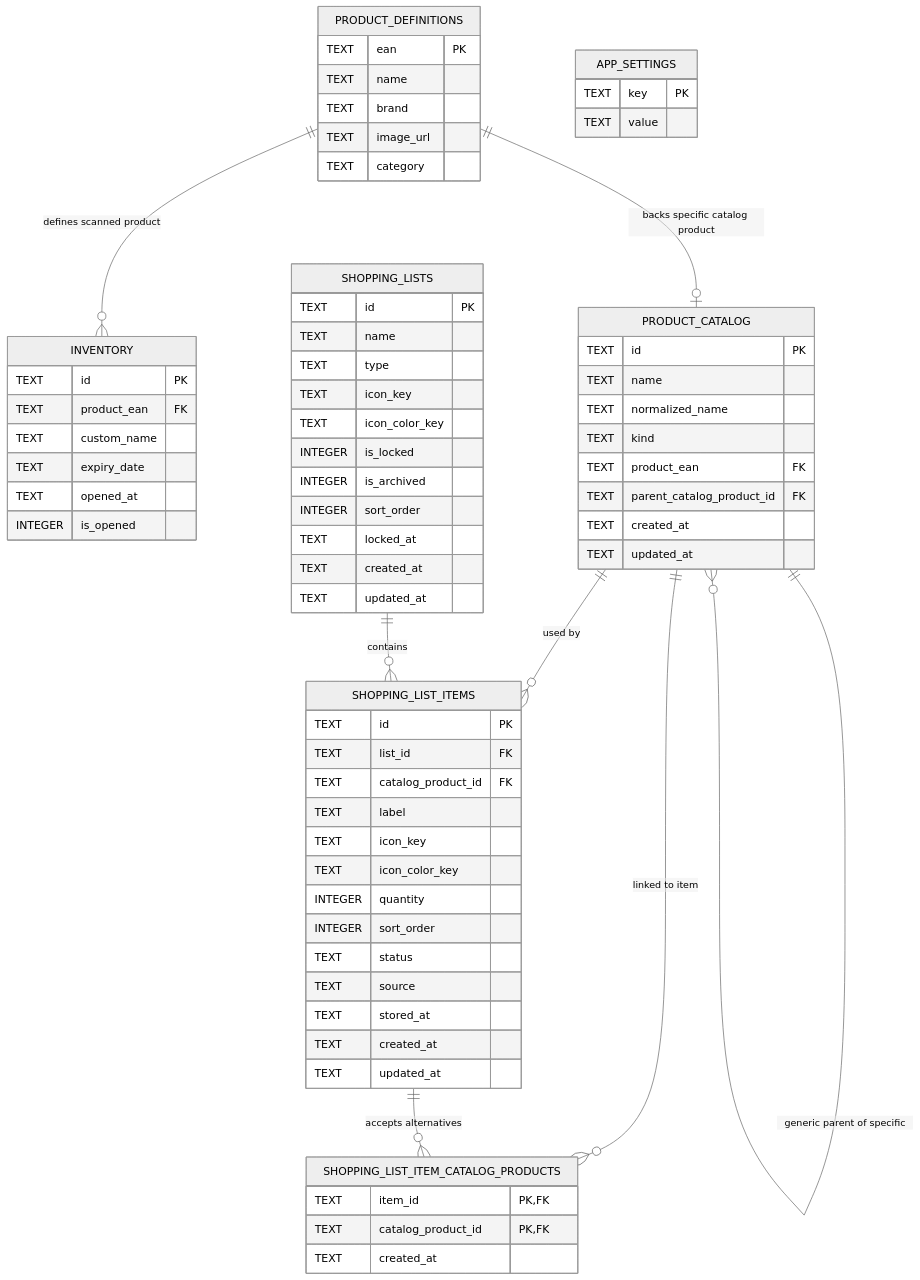
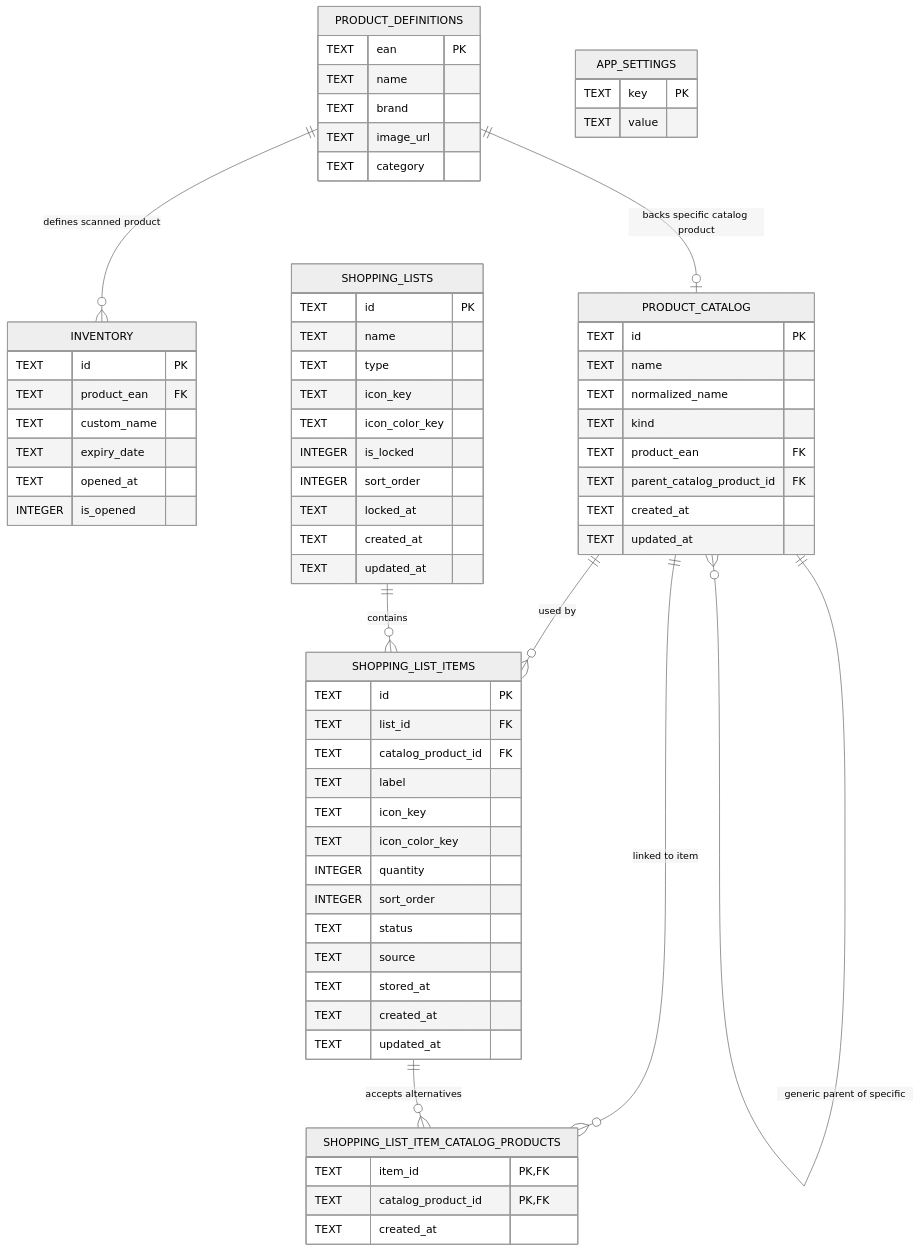
The diagram in docs/db/schema.md (nazwa-zespolu/ShelfChef), drawn with Mermaid (neutral theme) before and after one commit. The commit also changed other lines of this file and 7 other files, not shown here.

Commit message:
refactor: simplify shopping list schema fields

````diff
--- a/docs/db/schema.md
+++ b/docs/db/schema.md
@@ -4,81 +4,80 @@
 ```mermaid
 erDiagram
     PRODUCT_DEFINITIONS {
         TEXT ean PK
         TEXT name
         TEXT brand
         TEXT image_url
         TEXT category
     }
 
     INVENTORY {
         TEXT id PK
         TEXT product_ean FK
         TEXT custom_name
         TEXT expiry_date
         TEXT opened_at
         INTEGER is_opened
     }
 
     APP_SETTINGS {
         TEXT key PK
         TEXT value
     }
 
     PRODUCT_CATALOG {
         TEXT id PK
         TEXT name
         TEXT normalized_name
         TEXT kind
         TEXT product_ean FK
         TEXT parent_catalog_product_id FK
         TEXT created_at
         TEXT updated_at
     }
 
     SHOPPING_LISTS {
         TEXT id PK
         TEXT name
         TEXT type
         TEXT icon_key
         TEXT icon_color_key
         INTEGER is_locked
-        INTEGER is_archived
         INTEGER sort_order
         TEXT locked_at
         TEXT created_at
         TEXT updated_at
     }
 
     SHOPPING_LIST_ITEMS {
         TEXT id PK
         TEXT list_id FK
         TEXT catalog_product_id FK
         TEXT label
         TEXT icon_key
         TEXT icon_color_key
         INTEGER quantity
         INTEGER sort_order
         TEXT status
         TEXT source
         TEXT stored_at
         TEXT created_at
         TEXT updated_at
     }
 
     SHOPPING_LIST_ITEM_CATALOG_PRODUCTS {
         TEXT item_id PK,FK
         TEXT catalog_product_id PK,FK
         TEXT created_at
     }
 
     PRODUCT_DEFINITIONS ||--o{ INVENTORY : "defines scanned product"
     PRODUCT_DEFINITIONS ||--o| PRODUCT_CATALOG : "backs specific catalog product"
 
     PRODUCT_CATALOG ||--o{ SHOPPING_LIST_ITEMS : "used by"
     PRODUCT_CATALOG ||--o{ PRODUCT_CATALOG : "generic parent of specific"
     PRODUCT_CATALOG ||--o{ SHOPPING_LIST_ITEM_CATALOG_PRODUCTS : "linked to item"
 
     SHOPPING_LISTS ||--o{ SHOPPING_LIST_ITEMS : "contains"
     SHOPPING_LIST_ITEMS ||--o{ SHOPPING_LIST_ITEM_CATALOG_PRODUCTS : "accepts alternatives"
 ```
````
